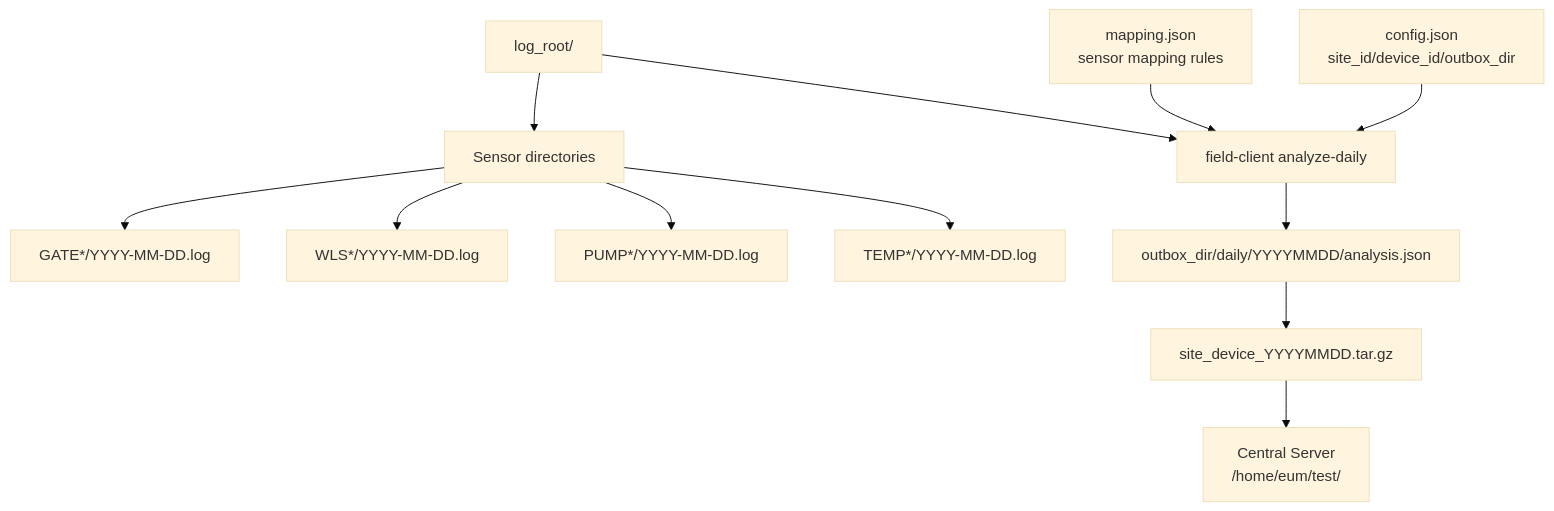
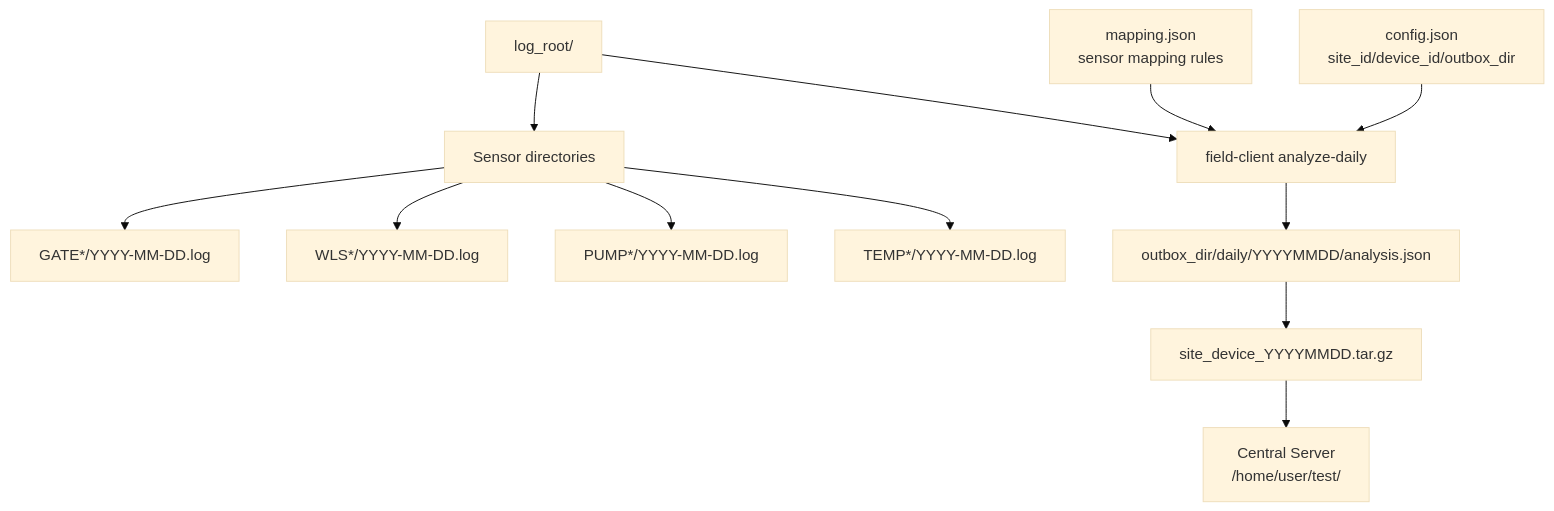
One commit to dev99test/workFiled_data_analysis changed the third of 3 diagrams in README.md. Above: the diagram before and after it, drawn with Mermaid (base theme). The commit also changed other lines of this file, not shown here.

````diff
--- a/README.md
+++ b/README.md
@@ -246,20 +246,20 @@
 ```mermaid
 ---
 config:
   layout: dagre
 ---
 flowchart TB
   LOGROOT[log_root/] --> DIRS[Sensor directories]
   DIRS --> G1[GATE*/YYYY-MM-DD.log]
   DIRS --> W1[WLS*/YYYY-MM-DD.log]
   DIRS --> P1[PUMP*/YYYY-MM-DD.log]
   DIRS --> T1[TEMP*/YYYY-MM-DD.log]
 
   CFG[config.json<br/>site_id/device_id/outbox_dir] --> FC[field-client analyze-daily]
   MAP[mapping.json<br/>sensor mapping rules] --> FC
   LOGROOT --> FC
 
   FC --> OUT[outbox_dir/daily/YYYYMMDD/analysis.json]
   OUT --> TAR[site_device_YYYYMMDD.tar.gz]
-  TAR --> REMOTE[Central Server<br/>/home/eum/test/]
+  TAR --> REMOTE[Central Server<br/>/home/user/test/]
 ```
````
